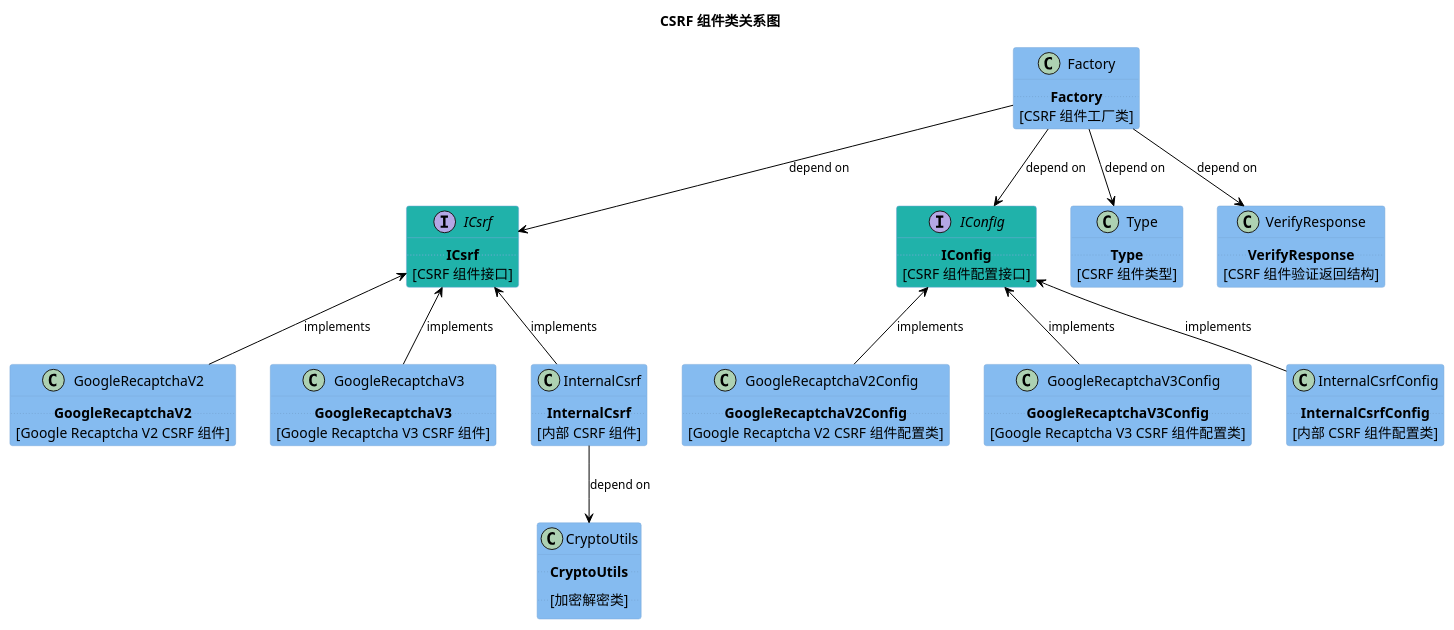
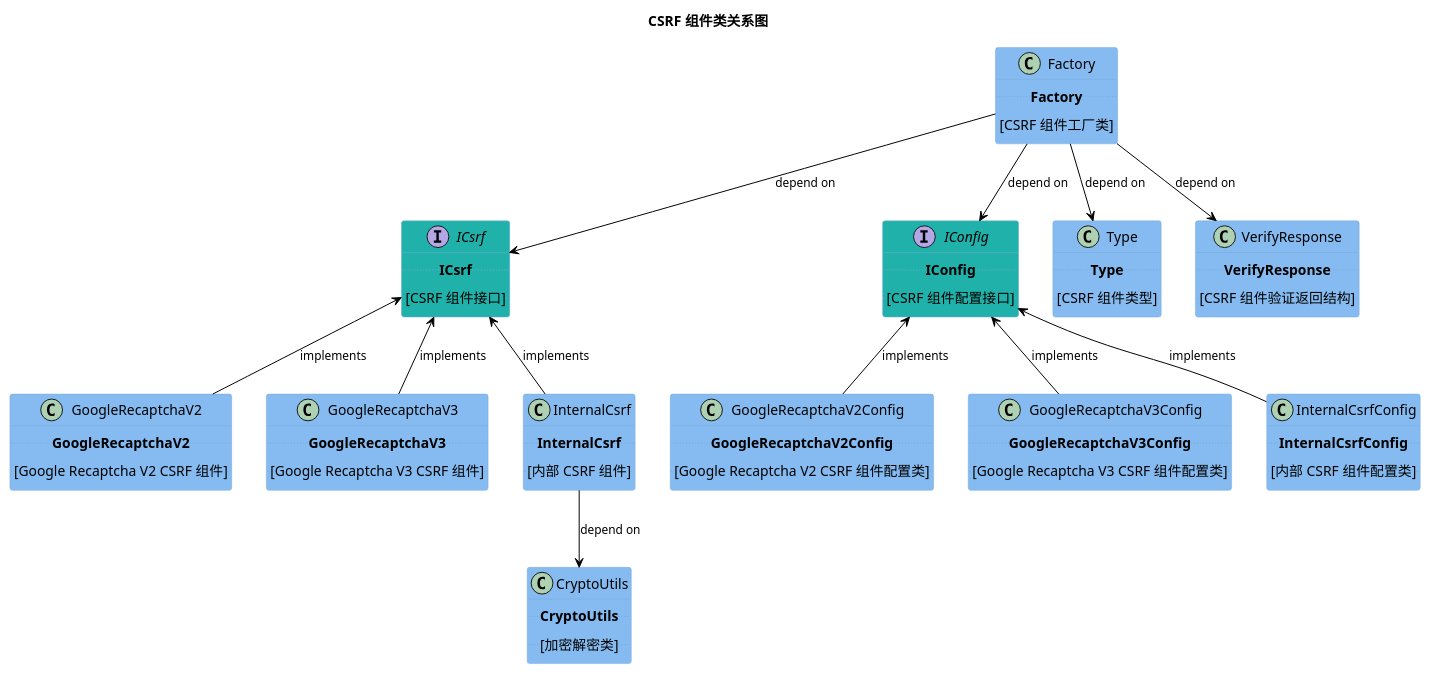
Before and after one commit to xfdipzone/php-program: the diagram in php-csrf/README.md, drawn with PlantUML. The commit also changed 1 other file, not shown here.

Commit message:
docs: update php-csrf README
update class diagram.

```diff
--- a/php-csrf/README.md
+++ b/php-csrf/README.md
@@ -74,59 +74,59 @@
 ' 定义组件
 class Factory {
     ..**Factory**..
-    [CSRF 组件工厂类]
+    ..[CSRF 组件工厂类]..
 }
 
 class Type {
     ..**Type**..
-    [CSRF 组件类型]
+    ..[CSRF 组件类型]..
 }
 
 class VerifyResponse {
     ..**VerifyResponse**..
-    [CSRF 组件验证返回结构]
+    ..[CSRF 组件验证返回结构]..
 }
 
 ' 配置接口与实现类
 interface IConfig #20B2AA {
     ..**IConfig**..
-    [CSRF 组件配置接口]
+    ..[CSRF 组件配置接口]..
 }
 
 class GoogleRecaptchaV2Config {
     ..**GoogleRecaptchaV2Config**..
-    [Google Recaptcha V2 CSRF 组件配置类]
+    ..[Google Recaptcha V2 CSRF 组件配置类]..
 }
 
 class GoogleRecaptchaV3Config {
     ..**GoogleRecaptchaV3Config**..
-    [Google Recaptcha V3 CSRF 组件配置类]
+    ..[Google Recaptcha V3 CSRF 组件配置类]..
 }
 
 class InternalCsrfConfig {
     ..**InternalCsrfConfig**..
-    [内部 CSRF 组件配置类]
+    ..[内部 CSRF 组件配置类]..
 }
 
 ' CSRF 接口与实现类
 interface ICsrf #20B2AA {
     ..**ICsrf**..
-    [CSRF 组件接口]
+    ..[CSRF 组件接口]..
 }
 
 class GoogleRecaptchaV2 {
     ..**GoogleRecaptchaV2**..
-    [Google Recaptcha V2 CSRF 组件]
+    ..[Google Recaptcha V2 CSRF 组件]..
 }
 
 class GoogleRecaptchaV3 {
     ..**GoogleRecaptchaV3**..
-    [Google Recaptcha V3 CSRF 组件]
+    ..[Google Recaptcha V3 CSRF 组件]..
 }
 
 class InternalCsrf {
     ..**InternalCsrf**..
-    [内部 CSRF 组件]
+    ..[内部 CSRF 组件]..
 }
 
 class CryptoUtils {
```
